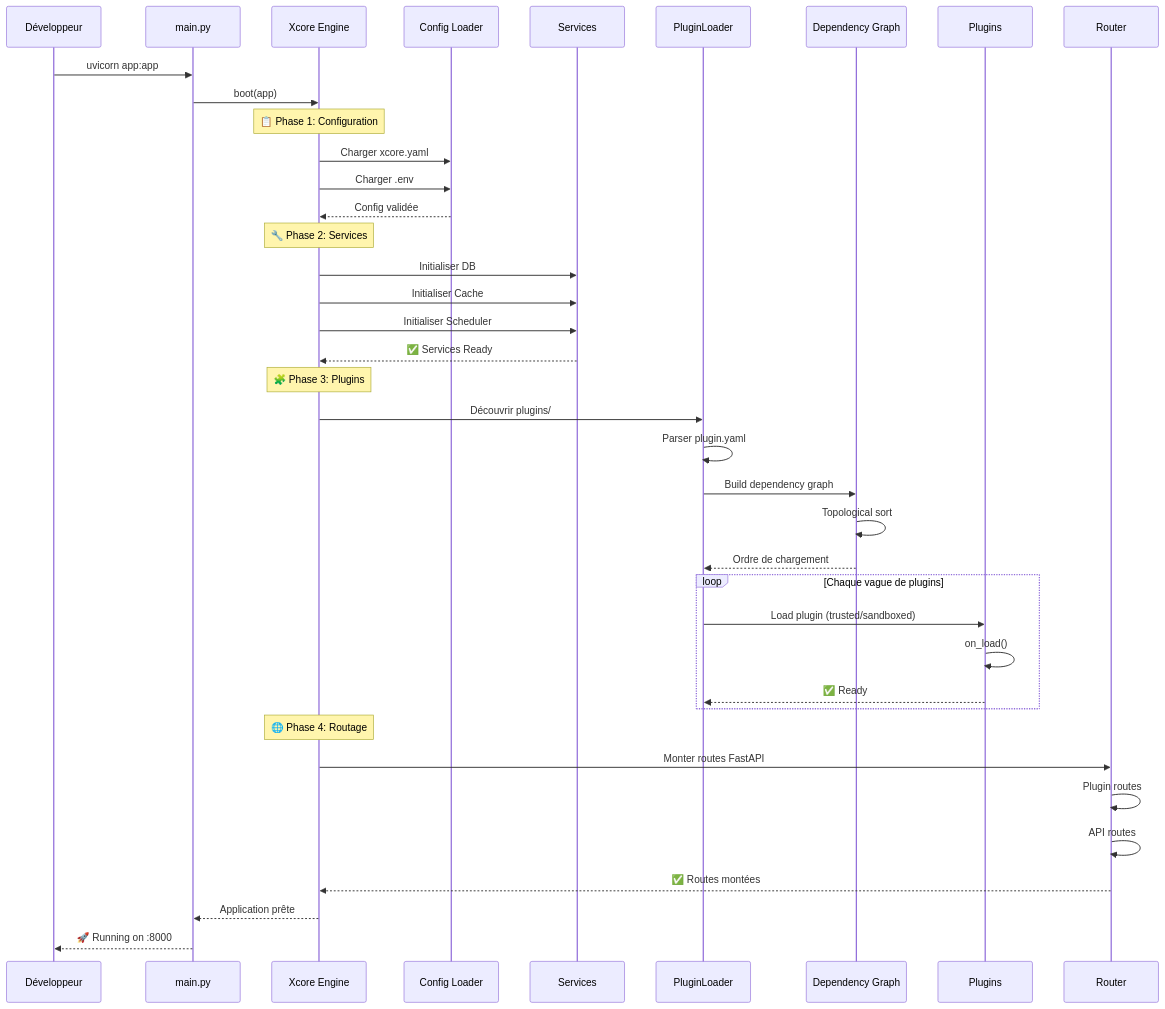
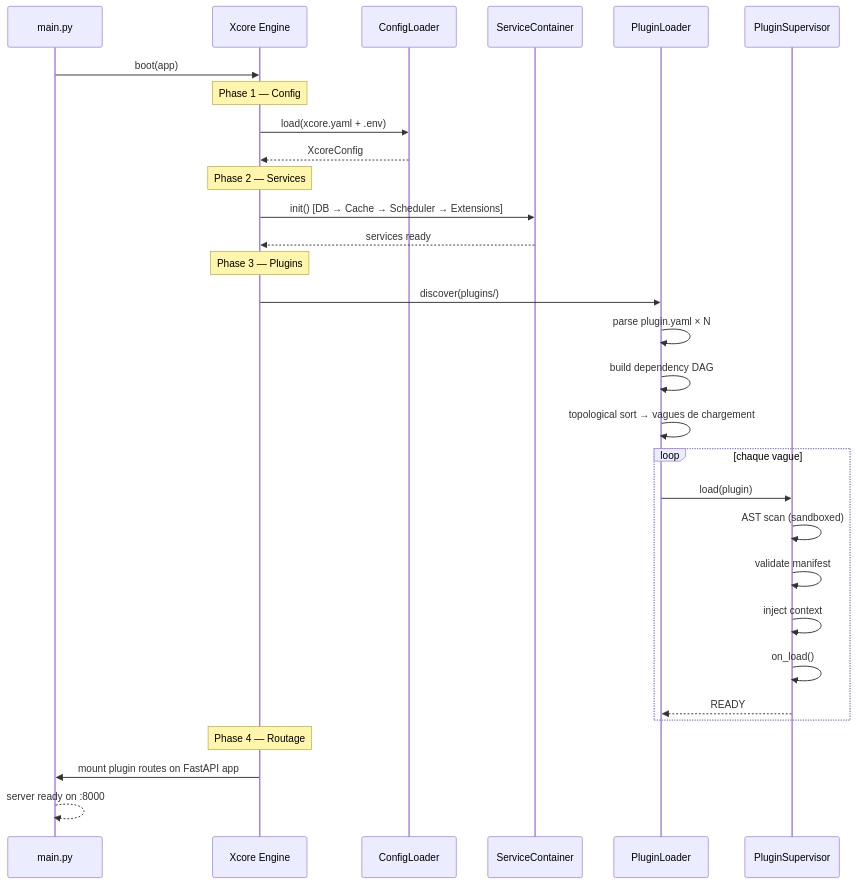
Before and after one commit to traoreera/xcore: the second of 3 diagrams in doc/architecture/overview.md, drawn with Mermaid. The commit also changed other lines of this file and 57 other files, not shown here.

````diff
--- a/doc/architecture/overview.md
+++ b/doc/architecture/overview.md
@@ -76,48 +70,38 @@
 ```mermaid
 sequenceDiagram
-    participant Dev as Développeur
     participant Main as main.py
     participant X as Xcore Engine
-    participant Cfg as Config Loader
-    participant S as Services
+    participant Cfg as ConfigLoader
+    participant SC as ServiceContainer
     participant L as PluginLoader
-    participant DAG as Dependency Graph
-    participant P as Plugins
-    participant R as Router
+    participant PS as PluginSupervisor
 
-    Dev->>Main: uvicorn app:app
     Main->>X: boot(app)
 
-    Note over X: 📋 Phase 1: Configuration
-    X->>Cfg: Charger xcore.yaml
-    X->>Cfg: Charger .env
-    Cfg-->>X: Config validée
+    Note over X: Phase 1 — Config
+    X->>Cfg: load(xcore.yaml + .env)
+    Cfg-->>X: XcoreConfig
 
-    Note over X: 🔧 Phase 2: Services
-    X->>S: Initialiser DB
-    X->>S: Initialiser Cache
-    X->>S: Initialiser Scheduler
-    S-->>X: ✅ Services Ready
+    Note over X: Phase 2 — Services
+    X->>SC: init() [DB → Cache → Scheduler → Extensions]
+    SC-->>X: services ready
 
-    Note over X: 🧩 Phase 3: Plugins
-    X->>L: Découvrir plugins/
-    L->>L: Parser plugin.yaml
-    L->>DAG: Build dependency graph
-    DAG->>DAG: Topological sort
-    DAG-->>L: Ordre de chargement
+    Note over X: Phase 3 — Plugins
+    X->>L: discover(plugins/)
+    L->>L: parse plugin.yaml × N
+    L->>L: build dependency DAG
+    L->>L: topological sort → vagues de chargement
 
-    loop Chaque vague de plugins
-        L->>P: Load plugin (trusted/sandboxed)
-        P->>P: on_load()
-        P-->>L: ✅ Ready
+    loop chaque vague
+        L->>PS: load(plugin)
+        PS->>PS: AST scan (sandboxed)
+        PS->>PS: validate manifest
+        PS->>PS: inject context
+        PS->>PS: on_load()
+        PS-->>L: READY
     end
 
-    Note over X: 🌐 Phase 4: Routage
-    X->>R: Monter routes FastAPI
-    R->>R: Plugin routes
-    R->>R: API routes
-    R-->>X: ✅ Routes montées
-
-    X-->>Main: Application prête
-    Main-->>Dev: 🚀 Running on :8000
+    Note over X: Phase 4 — Routage
+    X->>Main: mount plugin routes on FastAPI app
+    Main-->>Main: server ready on :8000
 ```
````
